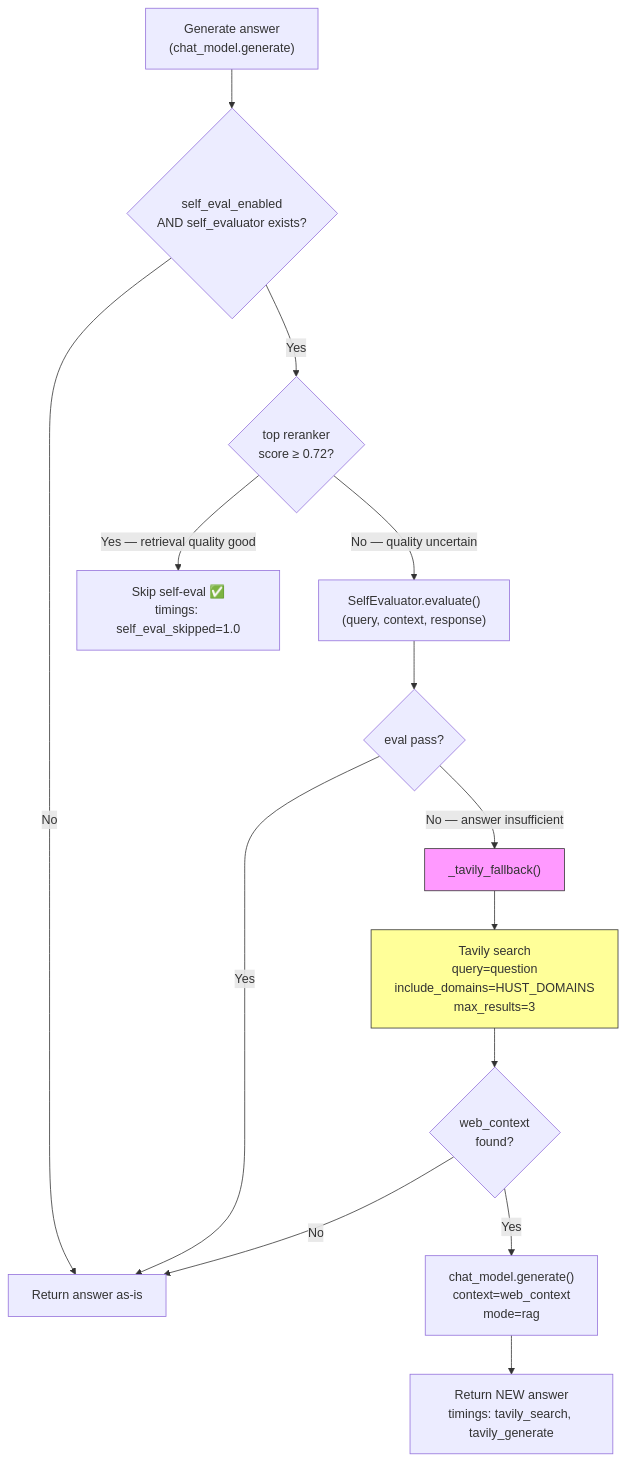
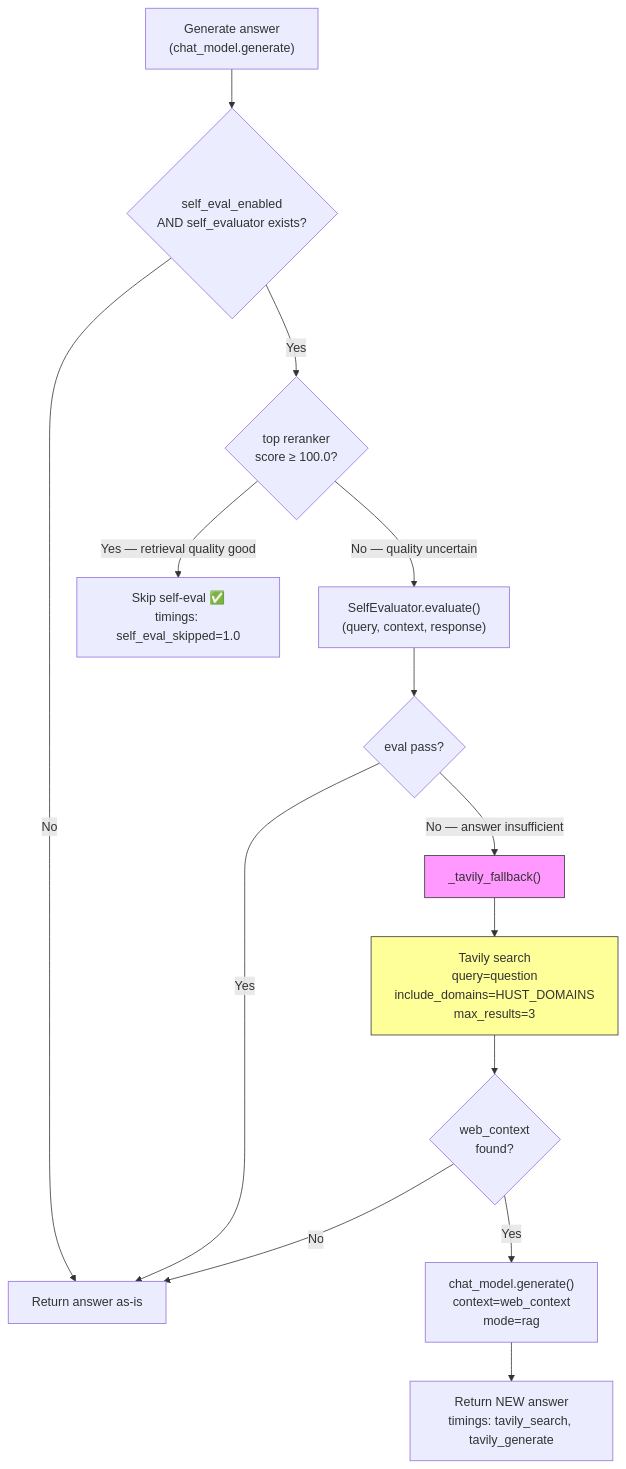
The first of 2 diagrams in src/RAG_v2/tools/MODULE.md (hoainam183/GR), drawn with Mermaid before and after one commit. The commit also changed other lines of this file and 13 other files, not shown here.

````diff
--- a/src/RAG_v2/tools/MODULE.md
+++ b/src/RAG_v2/tools/MODULE.md
@@ -137,19 +137,19 @@
 ```mermaid
 flowchart TD
     A["Generate answer<br/>(chat_model.generate)"] --> B{"self_eval_enabled<br/>AND self_evaluator exists?"}
     B -->|No| C["Return answer as-is"]
-    B -->|Yes| D{"top reranker<br/>score ≥ 0.72?"}
+    B -->|Yes| D{"top reranker<br/>score ≥ 100.0?"}
     D -->|"Yes — retrieval quality good"| E["Skip self-eval ✅<br/>timings: self_eval_skipped=1.0"]
     D -->|"No — quality uncertain"| F["SelfEvaluator.evaluate()<br/>(query, context, response)"]
     F --> G{"eval pass?"}
     G -->|Yes| C
     G -->|"No — answer insufficient"| H["_tavily_fallback()"]
     H --> I["Tavily search<br/>query=question<br/>include_domains=HUST_DOMAINS<br/>max_results=3"]
     I --> J{"web_context<br/>found?"}
     J -->|No| C
     J -->|Yes| K["chat_model.generate()<br/>context=web_context<br/>mode=rag"]
     K --> L["Return NEW answer<br/>timings: tavily_search, tavily_generate"]
     
     style H fill:#f9f,stroke:#333
     style I fill:#ff9,stroke:#333
 ```
````
